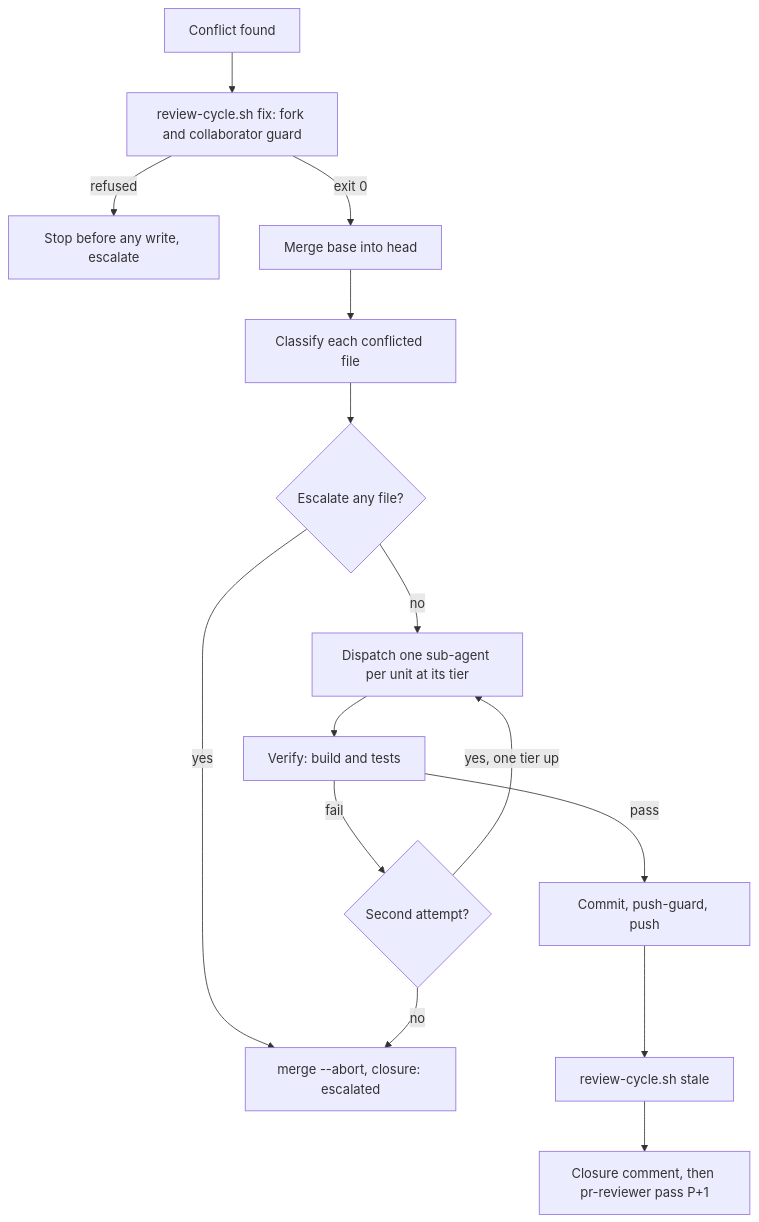
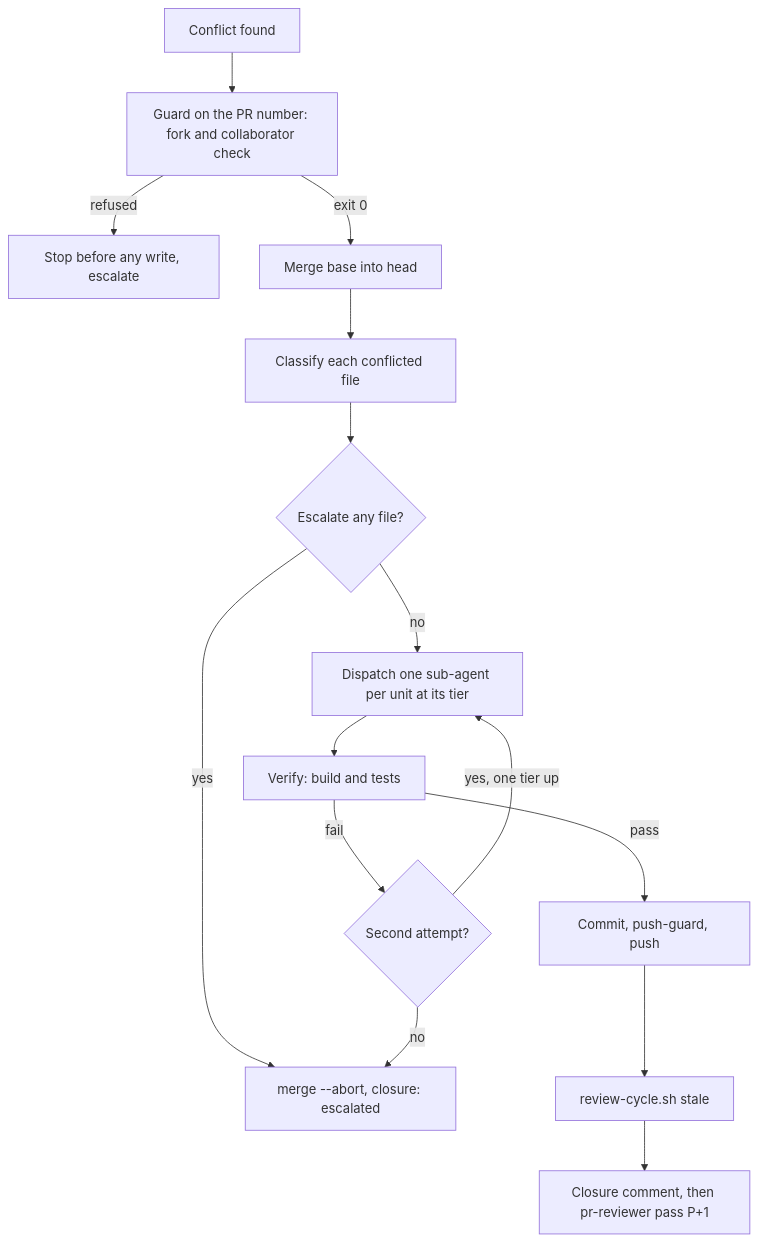
Before and after one commit to jonyfs/pr-reviewer-fixer: the diagram in .agents/skills/pr-merge-fixer/SKILL.md, drawn with Mermaid. The commit also changed other lines of this file and 19 other files, not shown here.

First line of the commit message:
Fix #45 C2: review-cycle.sh fix always names the pull request

````diff
--- a/.agents/skills/pr-merge-fixer/SKILL.md
+++ b/.agents/skills/pr-merge-fixer/SKILL.md
@@ -87,17 +87,17 @@
 ```mermaid
 flowchart TD
-    A[Conflict found] --> C[review-cycle.sh fix: fork and collaborator guard]
+    A[Conflict found] --> C[Guard on the PR number: fork and collaborator check]
     C -->|refused| R[Stop before any write, escalate]
     C -->|exit 0| D[Merge base into head]
     D --> E[Classify each conflicted file]
     E --> F{Escalate any file?}
     F -->|yes| G[merge --abort, closure: escalated]
     F -->|no| H[Dispatch one sub-agent per unit at its tier]
     H --> I[Verify: build and tests]
     I -->|fail| J{Second attempt?}
     J -->|yes, one tier up| H
     J -->|no| G
     I -->|pass| K[Commit, push-guard, push]
     K --> L[review-cycle.sh stale]
     L --> M[Closure comment, then pr-reviewer pass P+1]
 ```
````
